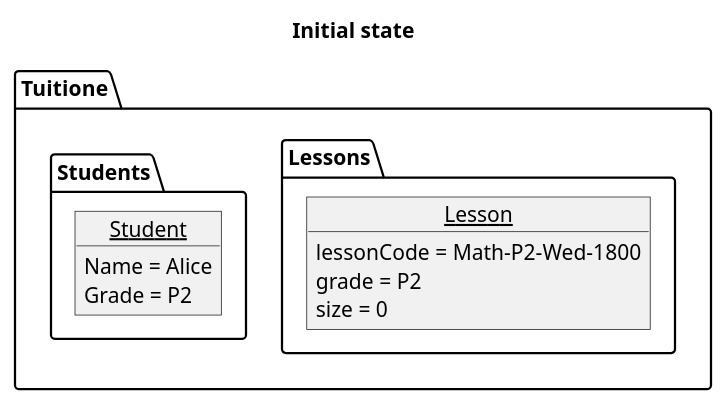
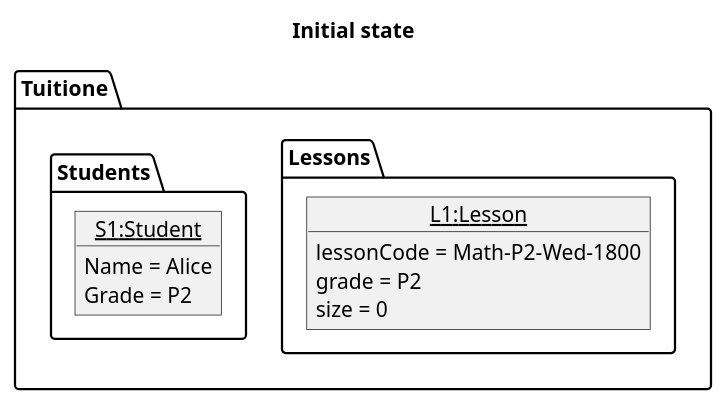
Before and after one commit to nus-cs2103-AY2122S1/tp: the diagram in docs/diagrams/EnrollLessonState0.puml, drawn with PlantUML. The commit also changed 3 other files, not shown here.

Commit message:
Changes to enroll lesson object diagrams

```diff
--- a/docs/diagrams/EnrollLessonState0.puml
+++ b/docs/diagrams/EnrollLessonState0.puml
@@ -1,21 +1,21 @@
 @startuml
 
 title Initial state
 
 package Tuitione {
     package Lessons {
-        object __Lesson__ {
+        object "<u>L1:Lesson" as Lesson {
         lessonCode = Math-P2-Wed-1800
         grade = P2
         size = 0
         }
     }
     package Students {
-        object __Student__ {
+        object "<u>S1:Student" as Student {
         Name = Alice
         Grade = P2
         }
     }
 }
 
 @end
```
